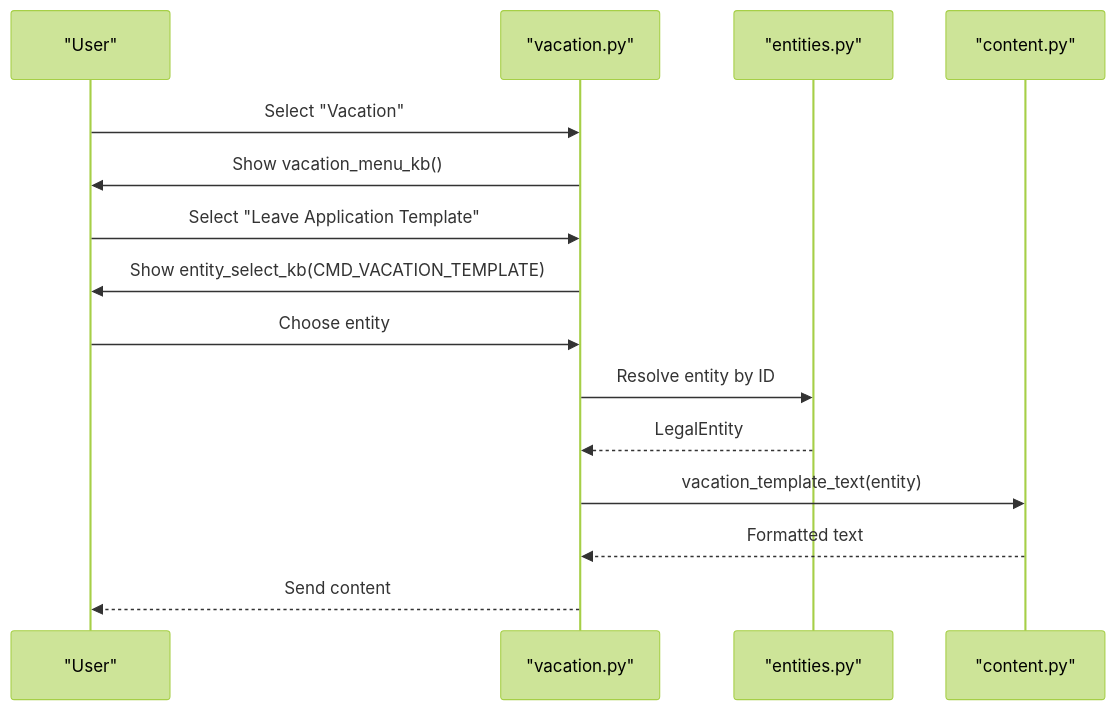
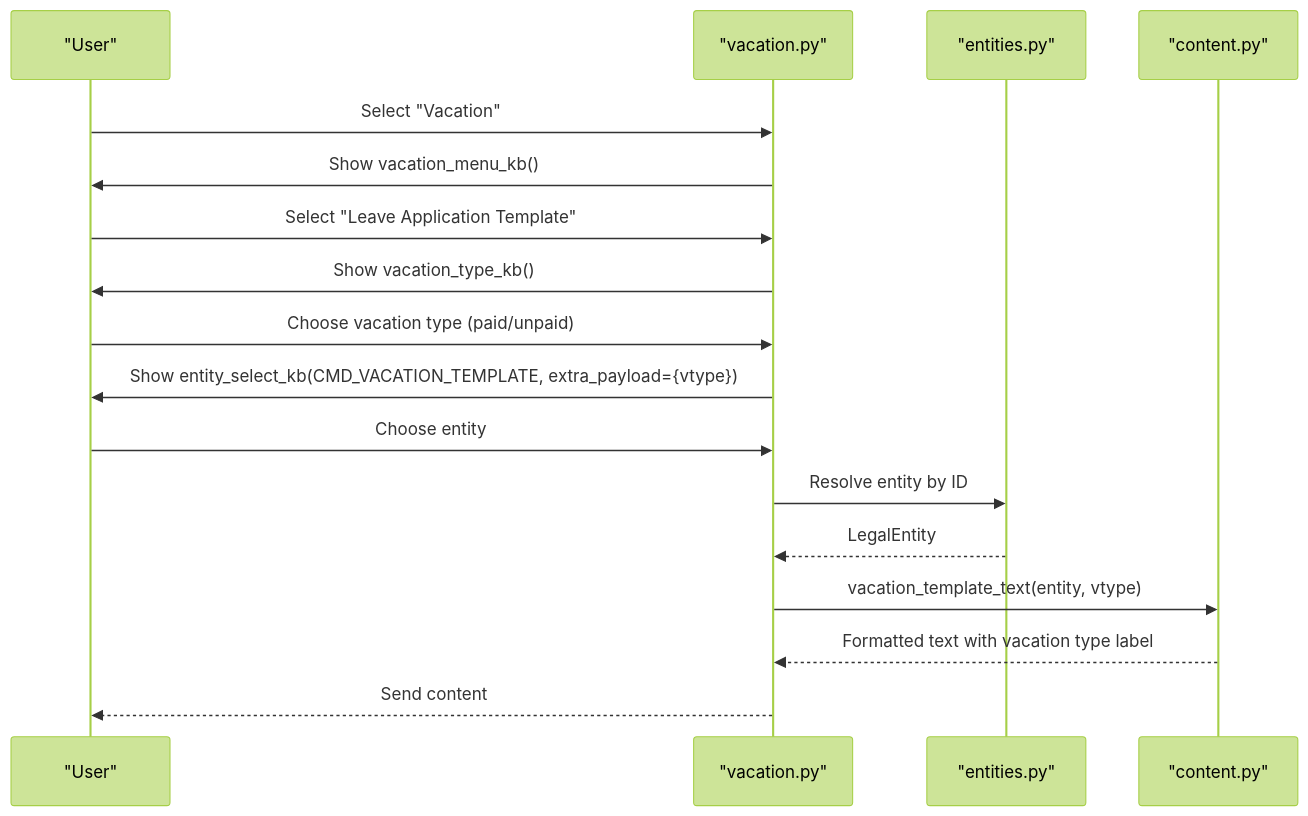
Diagram 11 of 12 in .qoder/repowiki/en/content/VK Integration/Domain Content Management.md (ognelis/cafetera_hr_bot), drawn with Mermaid (forest theme) before and after one commit. The commit also changed other lines of this file and 26 other files, not shown here.

````diff
--- a/.qoder/repowiki/en/content/VK Integration/Domain Content Management.md
+++ b/.qoder/repowiki/en/content/VK Integration/Domain Content Management.md
@@ -447,17 +451,19 @@
 ```mermaid
 sequenceDiagram
 participant User as "User"
 participant Vac as "vacation.py"
 participant Entities as "entities.py"
 participant Content as "content.py"
 User->>Vac : Select "Vacation"
 Vac->>User : Show vacation_menu_kb()
 User->>Vac : Select "Leave Application Template"
-Vac->>User : Show entity_select_kb(CMD_VACATION_TEMPLATE)
+Vac->>User : Show vacation_type_kb()
+User->>Vac : Choose vacation type (paid/unpaid)
+Vac->>User : Show entity_select_kb(CMD_VACATION_TEMPLATE, extra_payload={vtype})
 User->>Vac : Choose entity
 Vac->>Entities : Resolve entity by ID
 Entities-->>Vac : LegalEntity
-Vac->>Content : vacation_template_text(entity)
-Content-->>Vac : Formatted text
+Vac->>Content : vacation_template_text(entity, vtype)
+Content-->>Vac : Formatted text with vacation type label
 Vac-->>User : Send content
 ```
````
